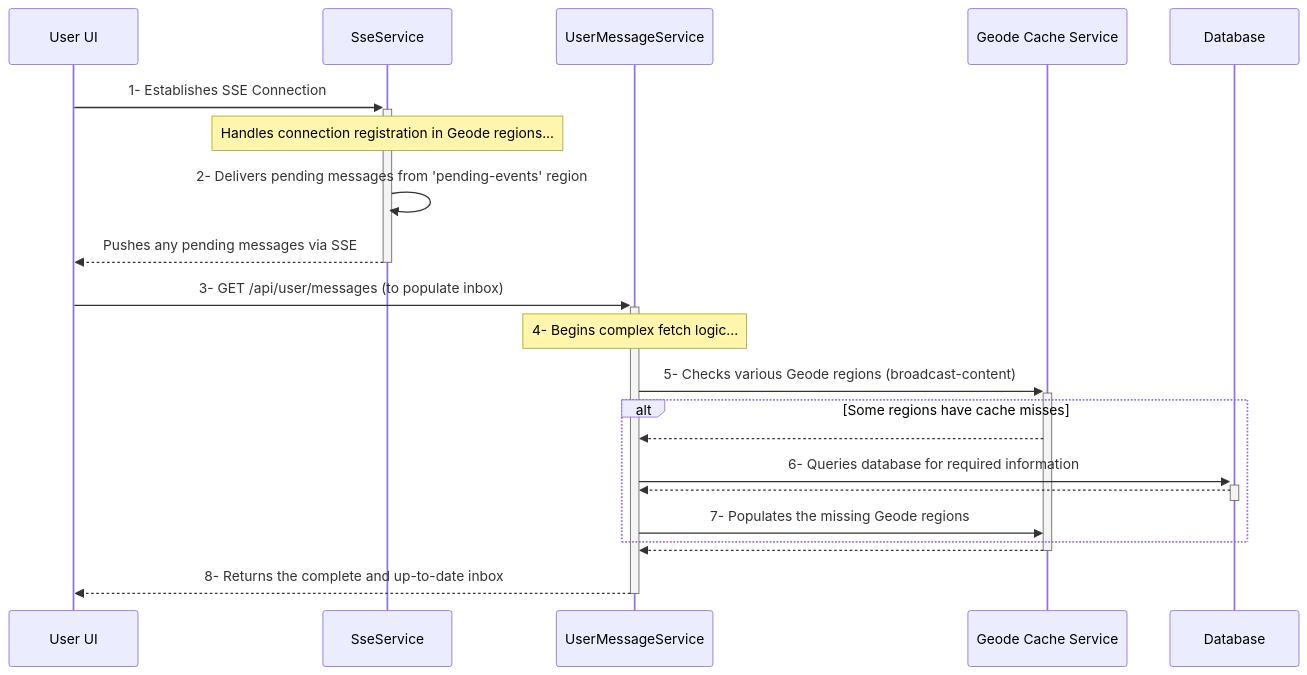
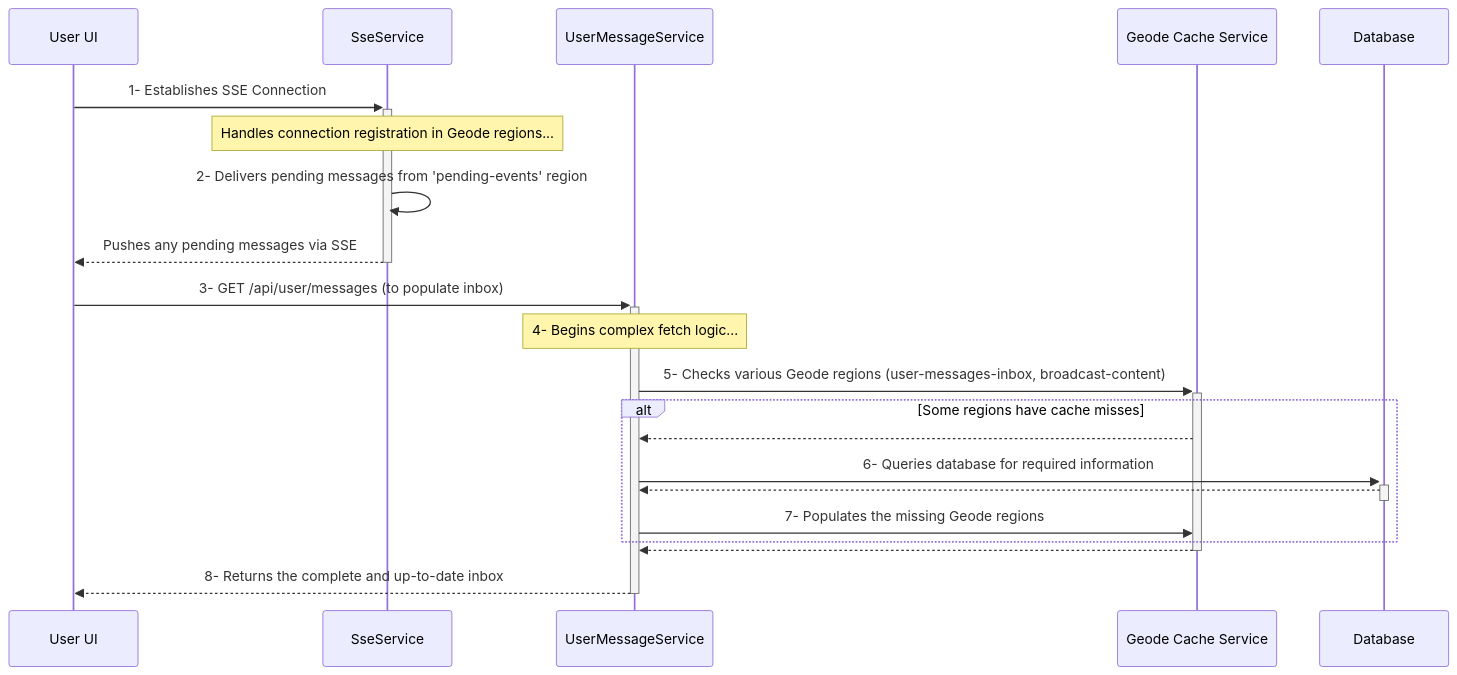
One commit to rsrini7/Notification-SSE-GLM-Flux changed the diagram in MermaidDiagrams/seq-active-group-inbox.mmd. Above: the diagram before and after it, drawn with Mermaid. The commit also changed 17 other files, not shown here.

First line of the commit message:
feat(user-inbox): implement cached user inbox with geode region

```diff
--- a/MermaidDiagrams/seq-active-group-inbox.mmd
+++ b/MermaidDiagrams/seq-active-group-inbox.mmd
@@ -1,23 +1,23 @@
 sequenceDiagram
     participant UserUI as User UI
     participant SseSvc as SseService
     participant UserMsgSvc as UserMessageService
     participant GeodeCache as Geode Cache Service
     participant DB as Database
 
     UserUI->>+SseSvc: 1- Establishes SSE Connection
     Note over SseSvc: Handles connection registration in Geode regions...
     SseSvc->>SseSvc: 2- Delivers pending messages from 'pending-events' region
     SseSvc-->>-UserUI: Pushes any pending messages via SSE
     
     UserUI->>+UserMsgSvc: 3- GET /api/user/messages (to populate inbox)
     Note over UserMsgSvc: 4- Begins complex fetch logic... 
-    UserMsgSvc->>+GeodeCache: 5- Checks various Geode regions (broadcast-content)
+    UserMsgSvc->>+GeodeCache: 5- Checks various Geode regions (user-messages-inbox, broadcast-content)
     alt Some regions have cache misses
         GeodeCache-->>UserMsgSvc: 
         UserMsgSvc->>+DB: 6- Queries database for required information
         DB-->>-UserMsgSvc: 
         UserMsgSvc->>GeodeCache: 7- Populates the missing Geode regions
     end
     GeodeCache-->>-UserMsgSvc: 
     UserMsgSvc-->>-UserUI: 8- Returns the complete and up-to-date inbox
```
